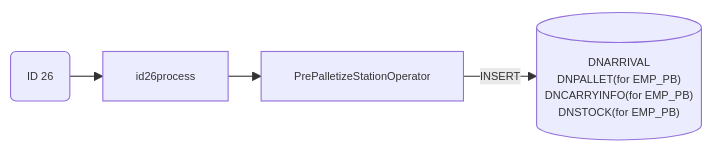
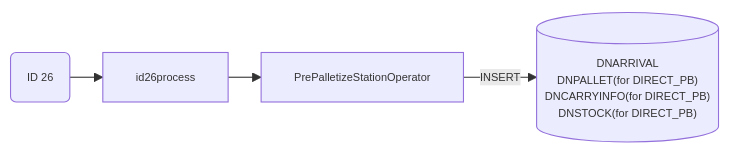
One commit to luthfiadityaa/SimeDarby-Wiki changed the second of 7 diagrams in Basic-Design/DFD-WMS/Storage/PALLETIZE-OPERATION-FROM-IKEDA.md. Above: the diagram before and after it, drawn with Mermaid. The commit also changed other lines of this file, not shown here.

Commit message:
Updated PALLETIZE OPERATION FROM IKEDA

```diff
--- a/Basic-Design/DFD-WMS/Storage/PALLETIZE-OPERATION-FROM-IKEDA.md
+++ b/Basic-Design/DFD-WMS/Storage/PALLETIZE-OPERATION-FROM-IKEDA.md
@@ -146,29 +146,29 @@
 ::: mermaid
 flowchart LR
 
 %%{init:{
   "themeVariables": { "fontSize": "10px" },
   "flowchart": {
     "useMaxWidth": false,
     "diagramPadding": 5,
     "nodeSpacing": 10,
     "rankSpacing": 30
   }
 }}%%
 
 id26msg("
 ID 26
 ")
 
 id26-insert[("
    DNARRIVAL
-   DNPALLET(for EMP_PB)
-   DNCARRYINFO(for EMP_PB)
-   DNSTOCK(for EMP_PB)
+   DNPALLET(for DIRECT_PB)
+   DNCARRYINFO(for DIRECT_PB)
+   DNSTOCK(for DIRECT_PB)
 ")]
 
 prePalletizeStationOperator[PrePalletizeStationOperator]
 
 id26msg-->id26process-->prePalletizeStationOperator
 prePalletizeStationOperator--> |INSERT| id26-insert
 :::
```
